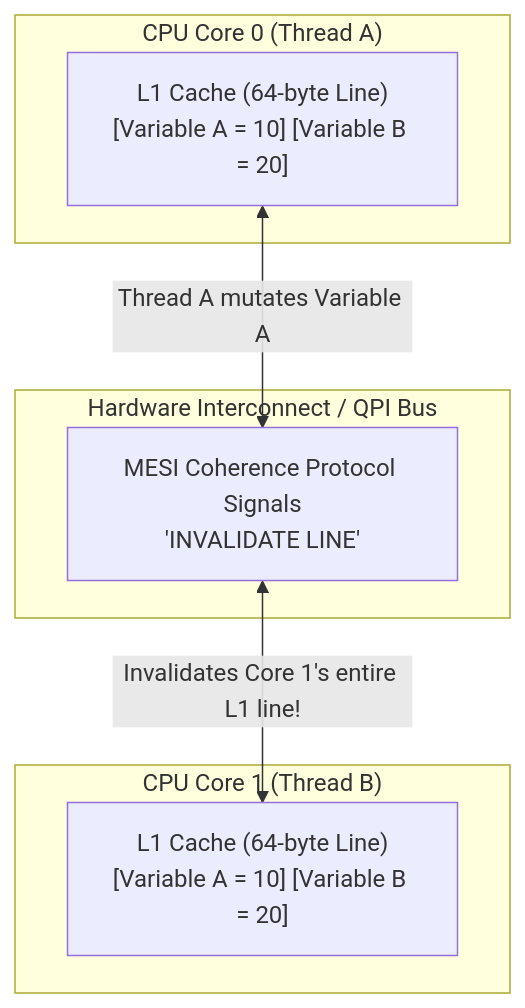
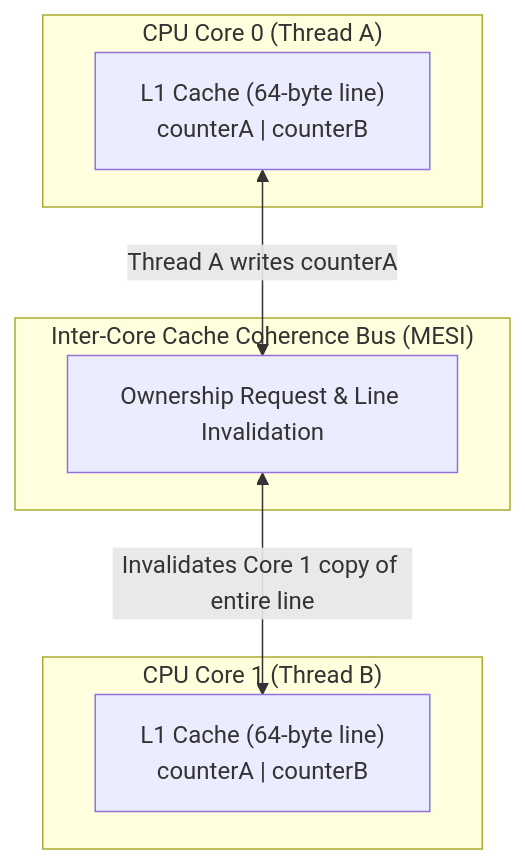
One commit to ravishankar2463/java_hub changed the diagram in content/roadmap/level-15/mechanical-sympathy-and-cpu-architecture.md. Above: the diagram before and after it, drawn with Mermaid. The commit also changed other lines of this file and 119 other files, not shown here.

Commit message:
feat: add comprehensive java learning roadmap content across multiple levels

````diff
--- a/content/roadmap/level-15/mechanical-sympathy-and-cpu-architecture.md
+++ b/content/roadmap/level-15/mechanical-sympathy-and-cpu-architecture.md
@@ -79,17 +83,17 @@
 ```mermaid
 flowchart TD
-    subgraph Core0 ["CPU Core 0 (Thread A)"]
-        L1_0["L1 Cache (64-byte Line)<br/>[Variable A = 10] [Variable B = 20]"]
+    subgraph Core0["CPU Core 0 (Thread A)"]
+        L1_0["L1 Cache (64-byte line)<br/>counterA | counterB"]
     end
 
-    subgraph Core1 ["CPU Core 1 (Thread B)"]
-        L1_1["L1 Cache (64-byte Line)<br/>[Variable A = 10] [Variable B = 20]"]
+    subgraph Core1["CPU Core 1 (Thread B)"]
+        L1_1["L1 Cache (64-byte line)<br/>counterA | counterB"]
     end
 
-    subgraph MemoryBus ["Hardware Interconnect / QPI Bus"]
-        MESI["MESI Coherence Protocol Signals<br/>'INVALIDATE LINE'"]
+    subgraph Interconnect["Inter-Core Cache Coherence Bus (MESI)"]
+        Bus["Ownership Request &amp; Line Invalidation"]
     end
 
-    L1_0 <-->|Thread A mutates Variable A| MESI
-    MESI <-->|Invalidates Core 1's entire L1 line!| L1_1
+    L1_0 <-->|"Thread A writes counterA"| Bus
+    Bus <-->|"Invalidates Core 1 copy of entire line"| L1_1
 ```
````
